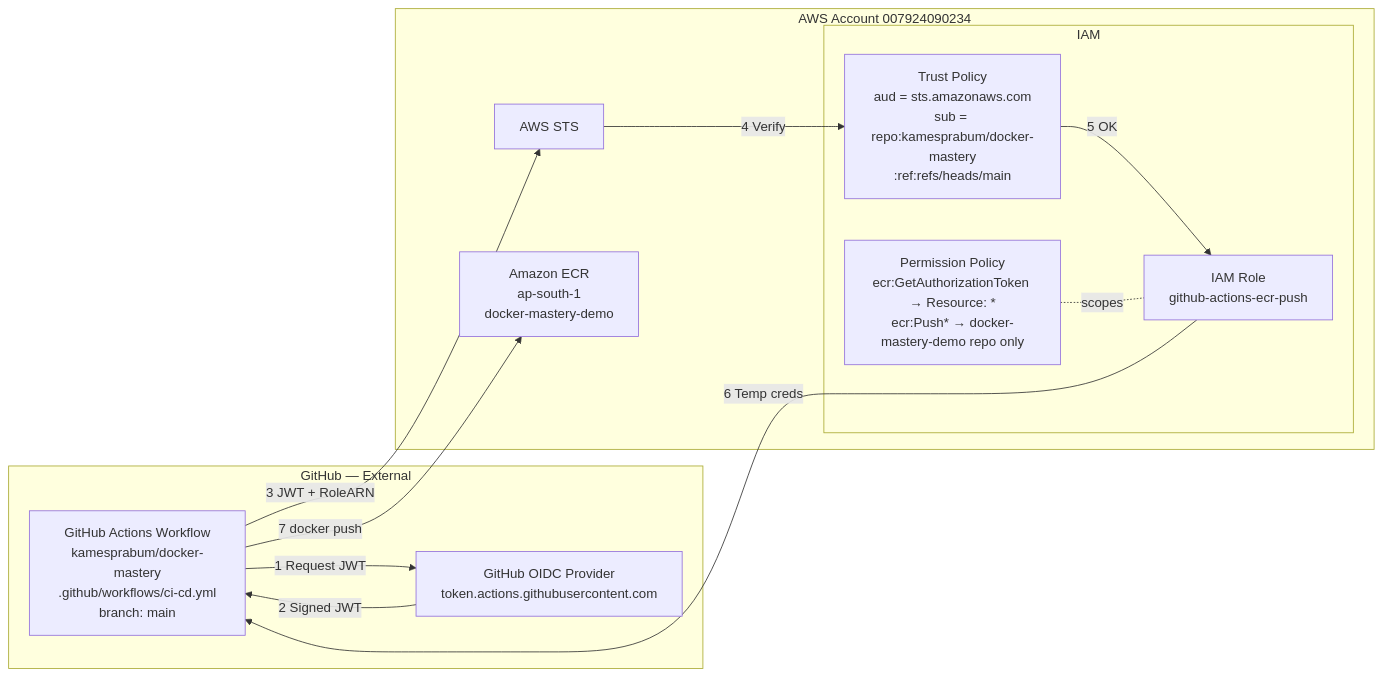
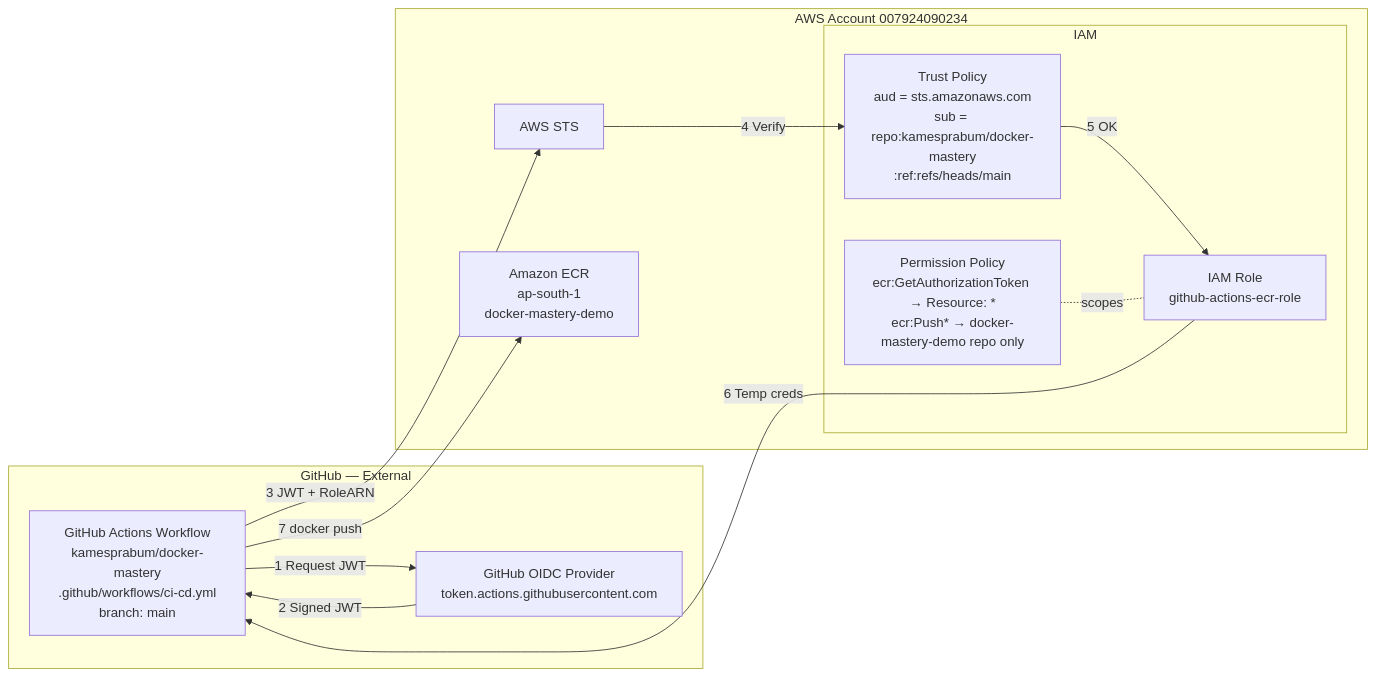
The second of 2 diagrams in OIDC-AWS-SETUP.md (kamesprabum/docker-mastery), drawn with Mermaid before and after one commit. The commit also changed other lines of this file and 4 other files, not shown here.

````diff
--- a/OIDC-AWS-SETUP.md
+++ b/OIDC-AWS-SETUP.md
@@ -325,26 +325,26 @@
 ```mermaid
 flowchart LR
     subgraph GitHub["GitHub — External"]
         WF["GitHub Actions Workflow<br/>kamesprabum/docker-mastery<br/>.github/workflows/ci-cd.yml<br/>branch: main"]
         GHOIDC["GitHub OIDC Provider<br/>token.actions.githubusercontent.com"]
     end
 
     subgraph AWS["AWS Account 007924090234"]
         subgraph IAM["IAM"]
             TP["Trust Policy<br/>aud = sts.amazonaws.com<br/>sub = repo:kamesprabum/docker-mastery<br/>:ref:refs/heads/main"]
-            ROLE["IAM Role<br/>github-actions-ecr-push"]
+            ROLE["IAM Role<br/>github-actions-ecr-role"]
             PP["Permission Policy<br/>ecr:GetAuthorizationToken → Resource: *<br/>ecr:Push* → docker-mastery-demo repo only"]
         end
         STS["AWS STS"]
         ECR["Amazon ECR<br/>ap-south-1<br/>docker-mastery-demo"]
     end
 
     WF -->|"1 Request JWT"| GHOIDC
     GHOIDC -->|"2 Signed JWT"| WF
     WF -->|"3 JWT + RoleARN"| STS
     STS -->|"4 Verify"| TP
     TP -->|"5 OK"| ROLE
     PP -.-|"scopes"| ROLE
     ROLE -->|"6 Temp creds"| WF
     WF -->|"7 docker push"| ECR
 ```
````
